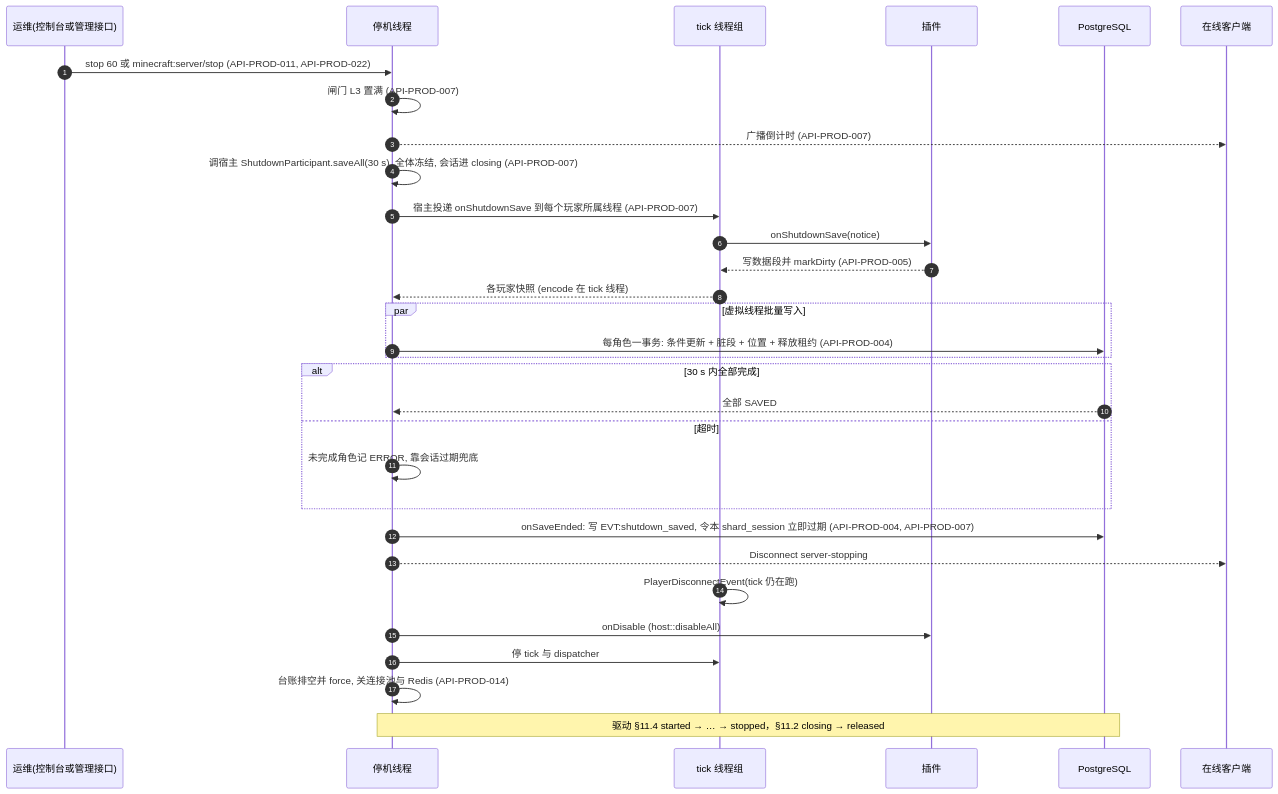
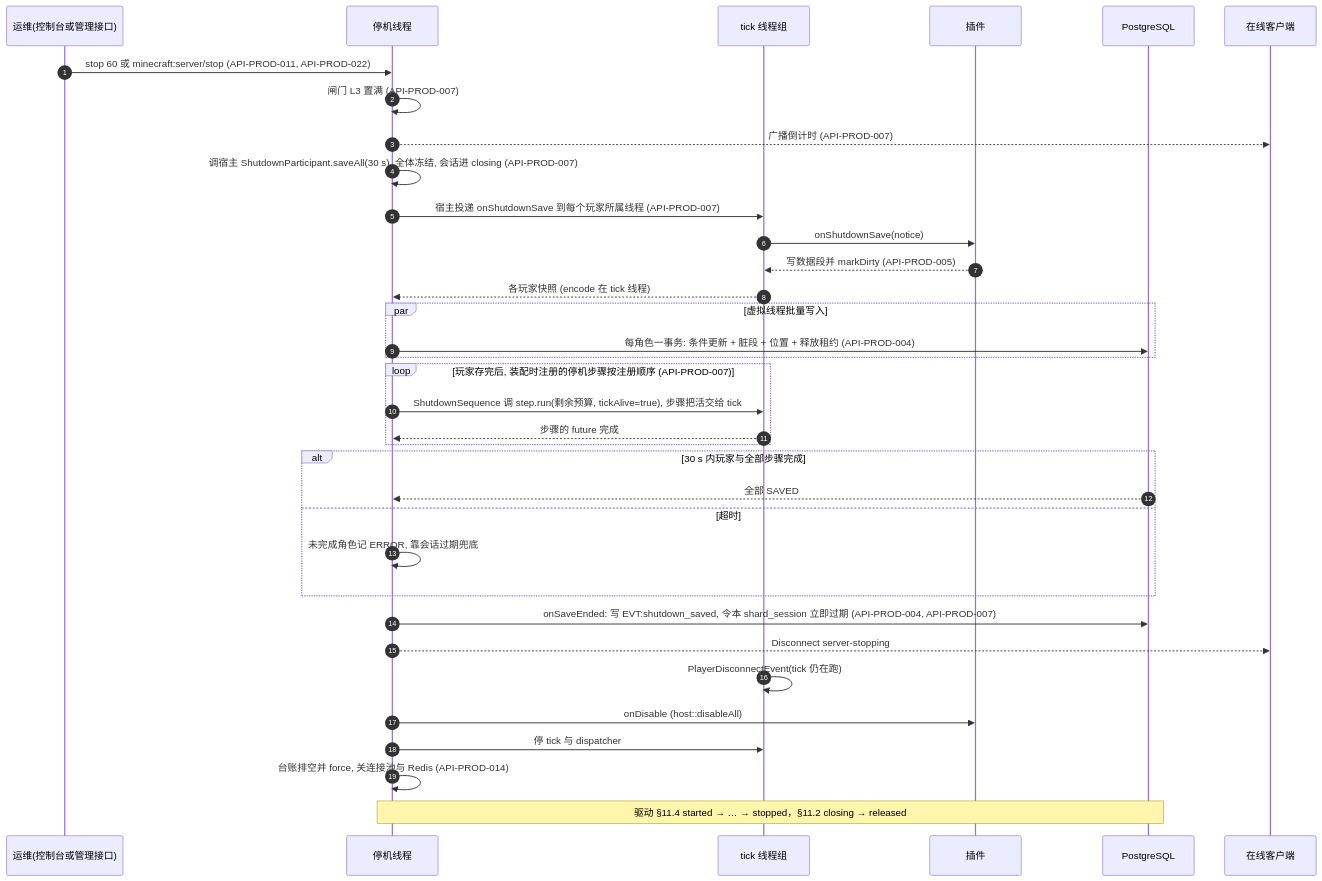
Before and after one commit to Bearisbug/synaxis: the ninth of 12 diagrams in docs/DESIGN-PROD.md, drawn with Mermaid. The commit also changed other lines of this file and 1 other file, not shown here.

Commit message:
docs: DESIGN-PROD v0.9 (U) shutdown steps after the player store, transfer claim in the load turn, handover poll exit, three 28.2 rows settled; TEST.md TC-PROD-370 to TC-PROD-379

````diff
--- a/docs/DESIGN-PROD.md
+++ b/docs/DESIGN-PROD.md
@@ -1035,33 +1060,37 @@
 ```mermaid
 sequenceDiagram
   autonumber
   participant O as 运维(控制台或管理接口)
   participant S as 停机线程
   participant T as tick 线程组
   participant PL as 插件
   participant P as PostgreSQL
   participant C as 在线客户端
   O->>S: stop 60 或 minecraft:server/stop (API-PROD-011, API-PROD-022)
   S->>S: 闸门 L3 置满 (API-PROD-007)
   S-->>C: 广播倒计时 (API-PROD-007)
   S->>S: 调宿主 ShutdownParticipant.saveAll(30 s), 全体冻结, 会话进 closing (API-PROD-007)
   S->>T: 宿主投递 onShutdownSave 到每个玩家所属线程 (API-PROD-007)
   T->>PL: onShutdownSave(notice)
   PL-->>T: 写数据段并 markDirty (API-PROD-005)
   T-->>S: 各玩家快照 (encode 在 tick 线程)
   par 虚拟线程批量写入
     S->>P: 每角色一事务: 条件更新 + 脏段 + 位置 + 释放租约 (API-PROD-004)
   end
-  alt 30 s 内全部完成
+  loop 玩家存完后, 装配时注册的停机步骤按注册顺序 (API-PROD-007)
+    S->>T: ShutdownSequence 调 step.run(剩余预算, tickAlive=true), 步骤把活交给 tick
+    T-->>S: 步骤的 future 完成
+  end
+  alt 30 s 内玩家与全部步骤完成
     P-->>S: 全部 SAVED
   else 超时
     S->>S: 未完成角色记 ERROR, 靠会话过期兜底
   end
   S->>P: onSaveEnded: 写 EVT:shutdown_saved, 令本 shard_session 立即过期 (API-PROD-004, API-PROD-007)
   S-->>C: Disconnect server-stopping
   T->>T: PlayerDisconnectEvent(tick 仍在跑)
   S->>PL: onDisable (host::disableAll)
   S->>T: 停 tick 与 dispatcher
   S->>S: 台账排空并 force, 关连接池与 Redis (API-PROD-014)
   Note over S,P: 驱动 §11.4 started → … → stopped，§11.2 closing → released
 ```
````
